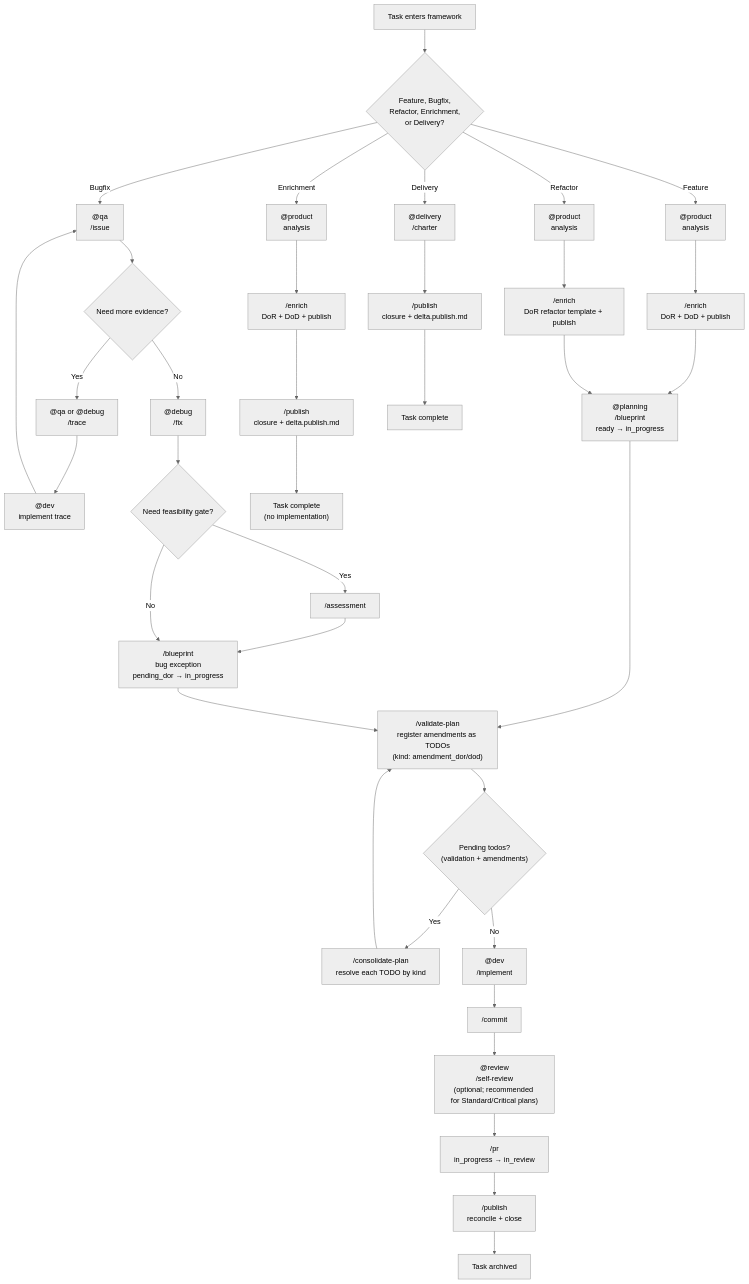
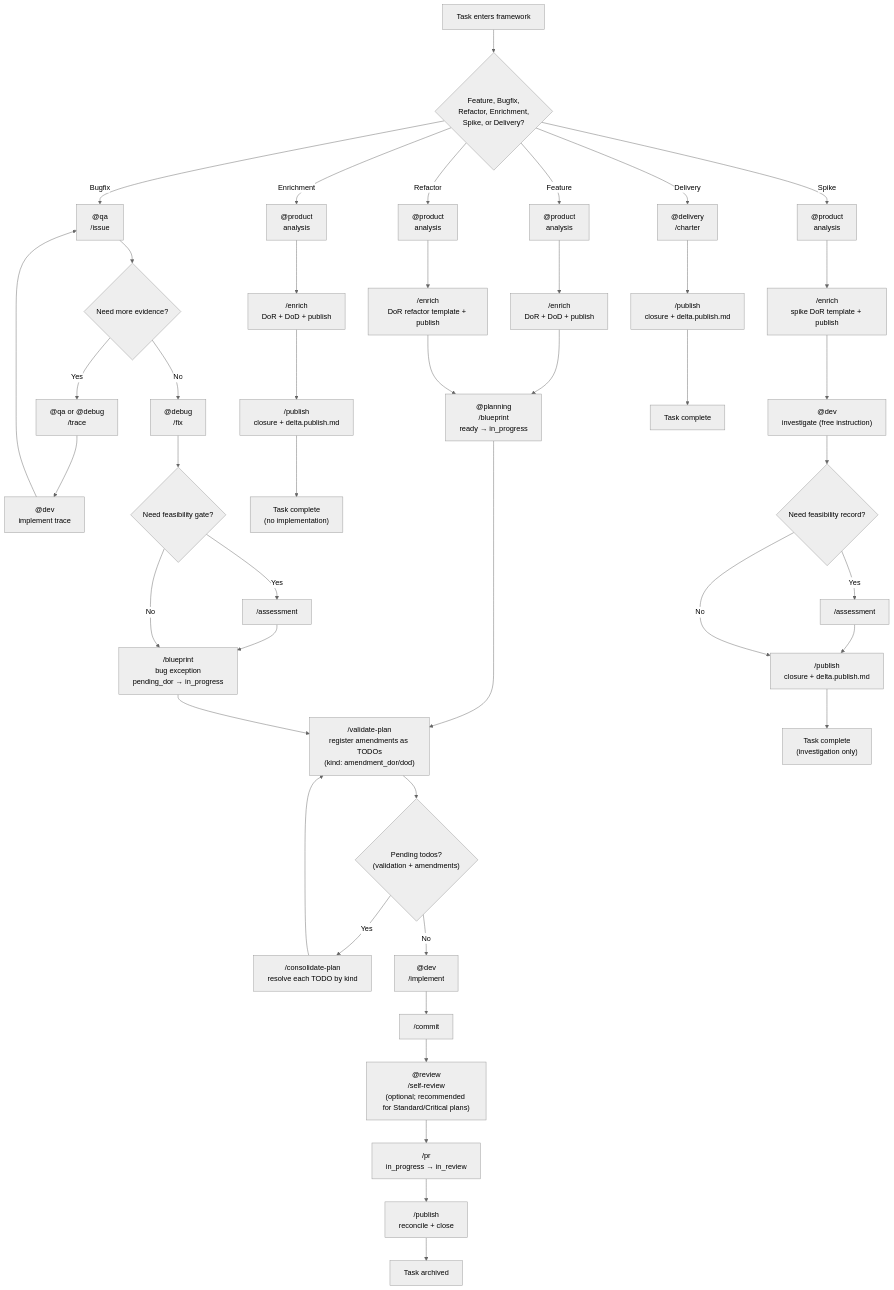
The diagram in docs/WORKFLOWS.md (reeceGuerra/aias), drawn with Mermaid (neutral theme) before and after one commit. The commit also changed other lines of this file, not shown here.

First line of the commit message:
[AI DOCS]: workflows: document Spike profile

````diff
--- a/docs/WORKFLOWS.md
+++ b/docs/WORKFLOWS.md
@@ -53,44 +53,53 @@
 ```mermaid
 flowchart TD
     Start["Task enters framework"]
 
-    Start --> Entry{"Feature, Bugfix,<br/>Refactor, Enrichment,<br/>or Delivery?"}
+    Start --> Entry{"Feature, Bugfix,<br/>Refactor, Enrichment,<br/>Spike, or Delivery?"}
 
     Entry -->|Feature| Product["@product<br/>analysis"]
     Product --> Enrich["/enrich<br/>DoR + DoD + publish"]
     Enrich --> Planning["@planning<br/>/blueprint<br/>ready → in_progress"]
     Planning --> Validate["/validate-plan<br/>register amendments as TODOs<br/>(kind: amendment_dor/dod)"]
     Validate --> Todos{"Pending todos?<br/>(validation + amendments)"}
     Todos -->|Yes| Consolidate["/consolidate-plan<br/>resolve each TODO by kind"] --> Validate
     Todos -->|No| Dev["@dev<br/>/implement"]
     Dev --> Commit["/commit"]
     Commit --> SelfReview["@review<br/>/self-review<br/>(optional; recommended for Standard/Critical plans)"]
     SelfReview --> PR["/pr<br/>in_progress → in_review"]
     PR --> Publish["/publish<br/>reconcile + close"]
     Publish --> Done["Task archived"]
 
     Entry -->|Bugfix| QA["@qa<br/>/issue"]
     QA --> Trace{"Need more evidence?"}
     Trace -->|Yes| TracePlan["@qa or @debug<br/>/trace"]
     TracePlan --> TraceImpl["@dev<br/>implement trace"]
     TraceImpl --> QA
     Trace -->|No| Debug["@debug<br/>/fix"]
     Debug --> Assessment{"Need feasibility gate?"}
     Assessment -->|Yes| Feasibility["/assessment"]
     Feasibility --> BugBlueprint["/blueprint<br/>bug exception<br/>pending_dor → in_progress"]
     Assessment -->|No| BugBlueprint
     BugBlueprint --> Validate
 
     Entry -->|Refactor| RefProduct["@product<br/>analysis"]
     RefProduct --> RefEnrich["/enrich<br/>DoR refactor template + publish"]
     RefEnrich --> Planning
 
     Entry -->|Enrichment| EnrichProduct["@product<br/>analysis"]
     EnrichProduct --> EnrichOnly["/enrich<br/>DoR + DoD + publish"]
     EnrichOnly --> EnrichClosure["/publish<br/>closure + delta.publish.md"]
     EnrichClosure --> EnrichDone["Task complete<br/>(no implementation)"]
 
+    Entry -->|Spike| SpikeProduct["@product<br/>analysis"]
+    SpikeProduct --> SpikeEnrich["/enrich<br/>spike DoR template + publish"]
+    SpikeEnrich --> SpikeInvestigate["@dev<br/>investigate (free instruction)"]
+    SpikeInvestigate --> SpikeAssess{"Need feasibility record?"}
+    SpikeAssess -->|Yes| SpikeAssessment["/assessment"]
+    SpikeAssessment --> SpikeClosure["/publish<br/>closure + delta.publish.md"]
+    SpikeAssess -->|No| SpikeClosure
+    SpikeClosure --> SpikeDone["Task complete<br/>(investigation only)"]
+
     Entry -->|Delivery| DeliveryMode["@delivery<br/>/charter"]
     DeliveryMode --> DeliveryClosure["/publish<br/>closure + delta.publish.md"]
     DeliveryClosure --> DeliveryDone["Task complete"]
 ```
````
